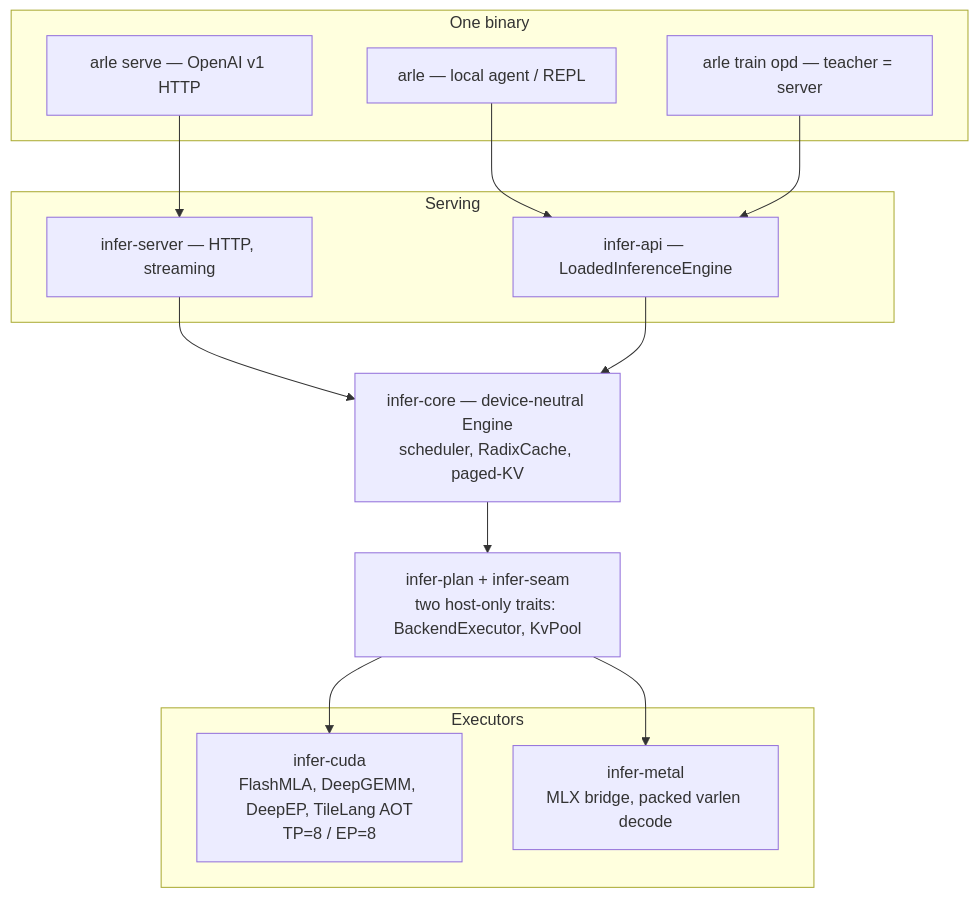
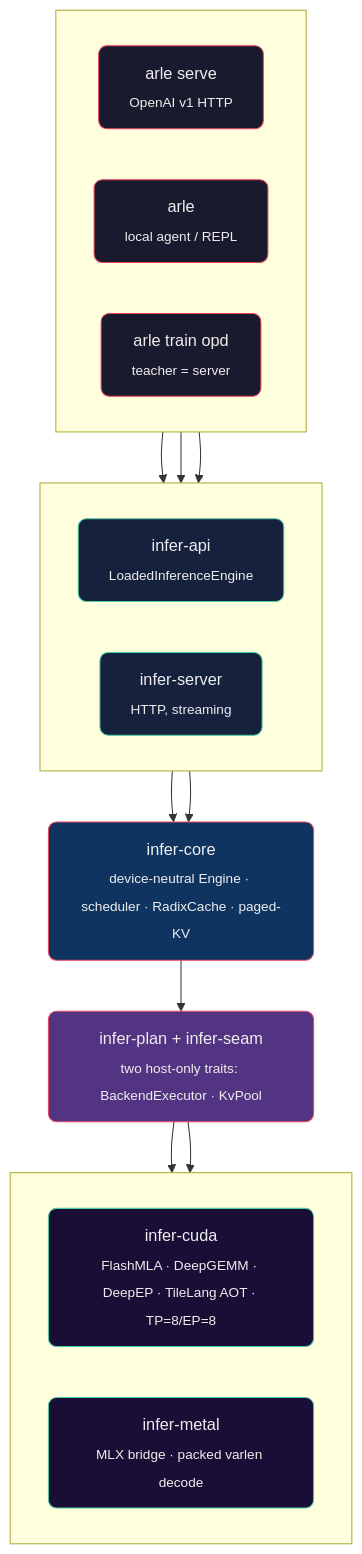
Before and after one commit to acupof-ai/arle: the diagram in README.md, drawn with Mermaid. The commit also changed other lines of this file and 6 other files, not shown here.

First line of the commit message:
docs: tidy onboarding/install/troubleshooting + redesign README architecture diagrams

````diff
--- a/README.md
+++ b/README.md
@@ -147,30 +147,46 @@
 ```mermaid
 flowchart TB
-  subgraph One binary
-    Serve["arle serve — OpenAI v1 HTTP"]
-    Agent["arle — local agent / REPL"]
-    Train["arle train opd — teacher = server"]
+  classDef entry fill:#1a1a2e,stroke:#e94560,color:#eee,rx:8,ry:8
+  classDef serve fill:#16213e,stroke:#4ecca3,color:#eee,rx:8,ry:8
+  classDef core fill:#0f3460,stroke:#e94560,color:#eee,rx:8,ry:8
+  classDef seam fill:#533483,stroke:#e94560,color:#eee,rx:8,ry:8
+  classDef exec fill:#190e36,stroke:#4ecca3,color:#eee,rx:8,ry:8
+
+  subgraph S1[" "]
+    direction LR
+    Serve["arle serve<br/><sub>OpenAI v1 HTTP</sub>"]
+    Agent["arle<br/><sub>local agent / REPL</sub>"]
+    Train["arle train opd<br/><sub>teacher = server</sub>"]
   end
 
-  subgraph Serving
-    Server["infer-server — HTTP, streaming"]
-    API["infer-api — LoadedInferenceEngine"]
+  subgraph S2[" "]
+    direction LR
+    API["infer-api<br/><sub>LoadedInferenceEngine</sub>"]
+    Server["infer-server<br/><sub>HTTP, streaming</sub>"]
   end
 
-  Core["infer-core — device-neutral Engine<br/>scheduler, RadixCache, paged-KV"]
-  Seam["infer-plan + infer-seam<br/>two host-only traits: BackendExecutor, KvPool"]
+  Core["infer-core<br/><sub>device-neutral Engine · scheduler · RadixCache · paged-KV</sub>"]
 
-  subgraph Executors
-    CUDA["infer-cuda<br/>FlashMLA, DeepGEMM, DeepEP, TileLang AOT<br/>TP=8 / EP=8"]
-    Metal["infer-metal<br/>MLX bridge, packed varlen decode"]
+  Seam["infer-plan + infer-seam<br/><sub>two host-only traits: BackendExecutor · KvPool</sub>"]
+
+  subgraph S3[" "]
+    direction LR
+    CUDA["infer-cuda<br/><sub>FlashMLA · DeepGEMM · DeepEP · TileLang AOT · TP=8/EP=8</sub>"]
+    Metal["infer-metal<br/><sub>MLX bridge · packed varlen decode</sub>"]
   end
 
   Serve --> Server
   Agent --> API
   Train --> API
   Server --> Core
   API --> Core
   Core --> Seam
   Seam --> CUDA
   Seam --> Metal
+
+  class Serve,Agent,Train entry
+  class API,Server serve
+  class Core core
+  class Seam seam
+  class CUDA,Metal exec
 ```
````
